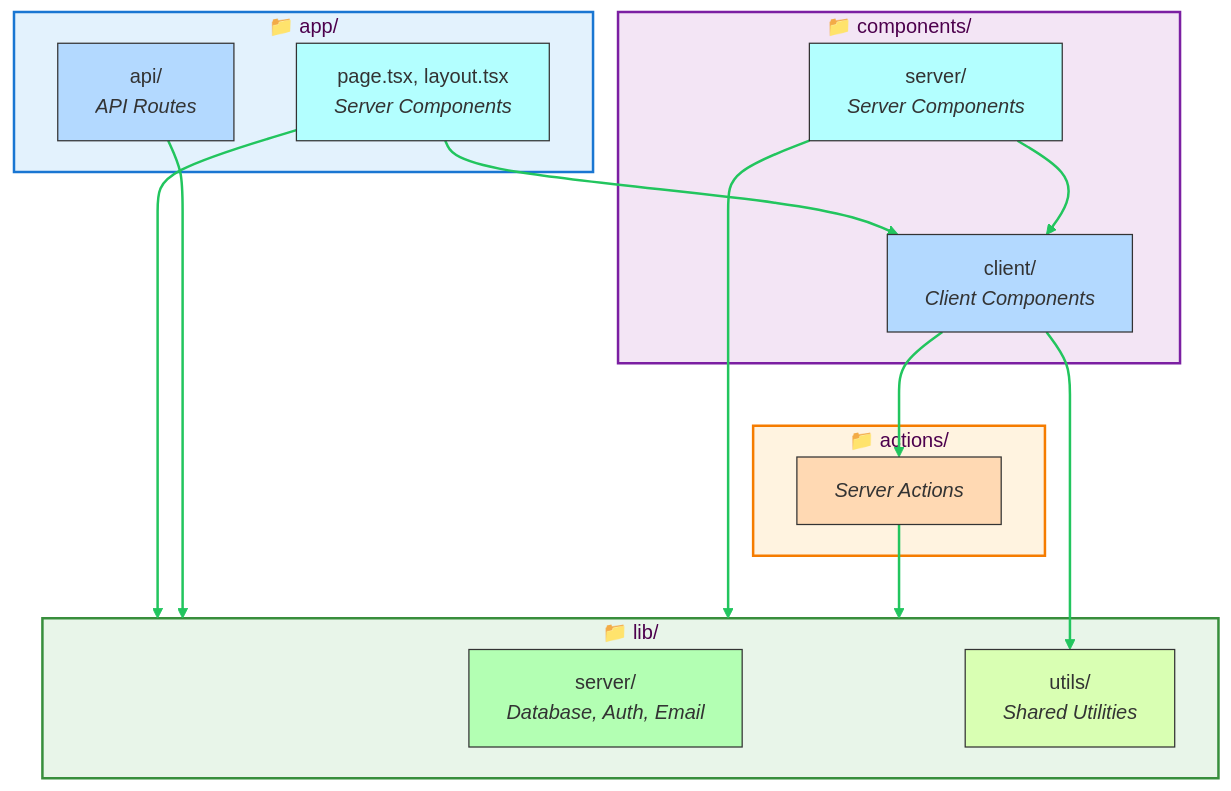
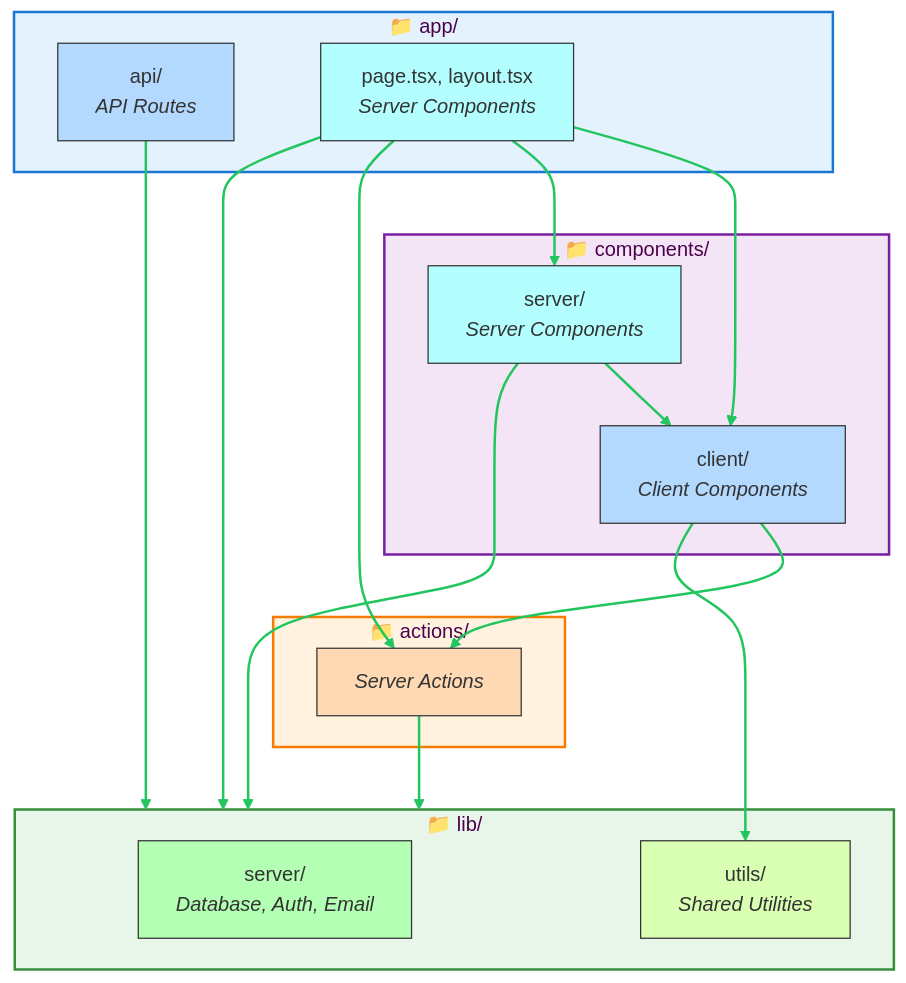
One commit to stricture-dev/stricture changed the diagram in examples/simple-nextjs/README.md. Above: the diagram before and after it, drawn with Mermaid. The commit also changed 1 other file, not shown here.

Commit message:
fix: add missing dependencies to nextjs diagrams per preset rules
Add 2 missing arrows to match the @stricture/nextjs preset rules:

1. AppPages → CompServer (app-routes-to-components rule)
   - App Router pages can import server components

2. AppPages → Actions (app-routes-to-actions rule)
   - App Router pages can use Server Actions

These rules were defined in the preset but not visualized in the diagram.
Diagram now accurately represents all 10 cross-boundary allowed dependencies
from the preset (excluding self-imports and external dependencies).

Total arrows: 10 (was 8)

````diff
--- a/examples/simple-nextjs/README.md
+++ b/examples/simple-nextjs/README.md
@@ -21,46 +21,48 @@
 ```mermaid
 %%{init: {'theme':'base', 'themeVariables': { 'primaryColor':'hsl(210, 100%, 85%)','primaryBorderColor':'hsl(210, 100%, 70%)','secondaryColor':'hsl(180, 100%, 85%)','secondaryBorderColor':'hsl(180, 100%, 70%)','tertiaryColor':'hsl(120, 100%, 85%)','tertiaryBorderColor':'hsl(120, 100%, 70%)'}}}%%
 graph TB
     subgraph app["📁 app/"]
         AppAPI["api/<br/><i>API Routes</i>"]
         AppPages["page.tsx, layout.tsx<br/><i>Server Components</i>"]
     end
 
     subgraph components["📁 components/"]
         CompServer["server/<br/><i>Server Components</i>"]
         CompClient["client/<br/><i>Client Components</i>"]
     end
 
     subgraph actions["📁 actions/"]
         Actions["<i>Server Actions</i>"]
     end
 
     subgraph lib["📁 lib/"]
         LibServer["server/<br/><i>Database, Auth, Email</i>"]
         LibUtils["utils/<br/><i>Shared Utilities</i>"]
     end
 
     AppPages --> CompClient
+    AppPages --> CompServer
+    AppPages --> Actions
     AppPages --> lib
     AppAPI --> lib
     CompServer --> CompClient
     CompServer --> lib
     CompClient --> Actions
     CompClient --> LibUtils
     Actions --> lib
 
     style app fill:#e3f2fd,stroke:#1976d2,stroke-width:2px
     style components fill:#f3e5f5,stroke:#7b1fa2,stroke-width:2px
     style actions fill:#fff3e0,stroke:#f57c00,stroke-width:2px
     style lib fill:#e8f5e9,stroke:#388e3c,stroke-width:2px
 
     style AppAPI fill:#b3d9ff,stroke:#333,stroke-width:1px
     style AppPages fill:#b3ffff,stroke:#333,stroke-width:1px
     style CompServer fill:#b3ffff,stroke:#333,stroke-width:1px
     style CompClient fill:#b3d9ff,stroke:#333,stroke-width:1px
     style Actions fill:#ffd9b3,stroke:#333,stroke-width:1px
     style LibServer fill:#b3ffb3,stroke:#333,stroke-width:1px
     style LibUtils fill:#d9ffb3,stroke:#333,stroke-width:1px
 
-    linkStyle 0,1,2,3,4,5,6,7 stroke:#22c55e,stroke-width:2px
+    linkStyle 0,1,2,3,4,5,6,7,8,9 stroke:#22c55e,stroke-width:2px
 ```
````
